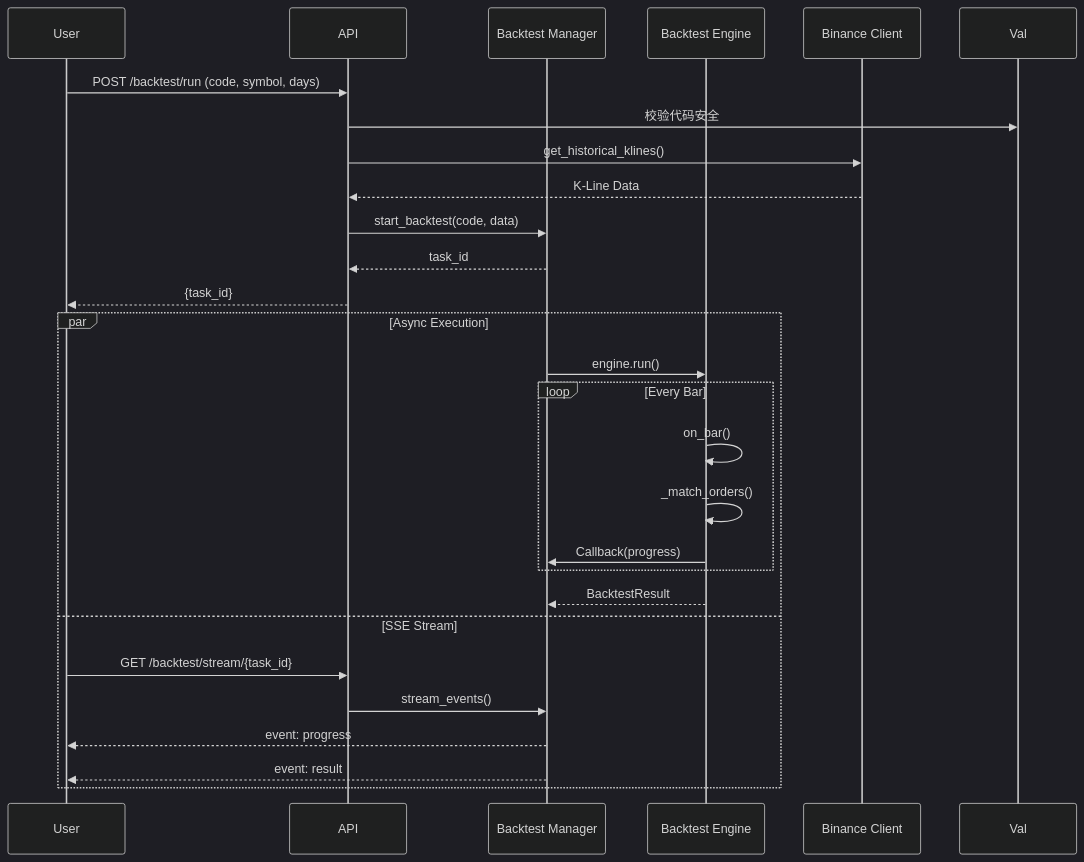
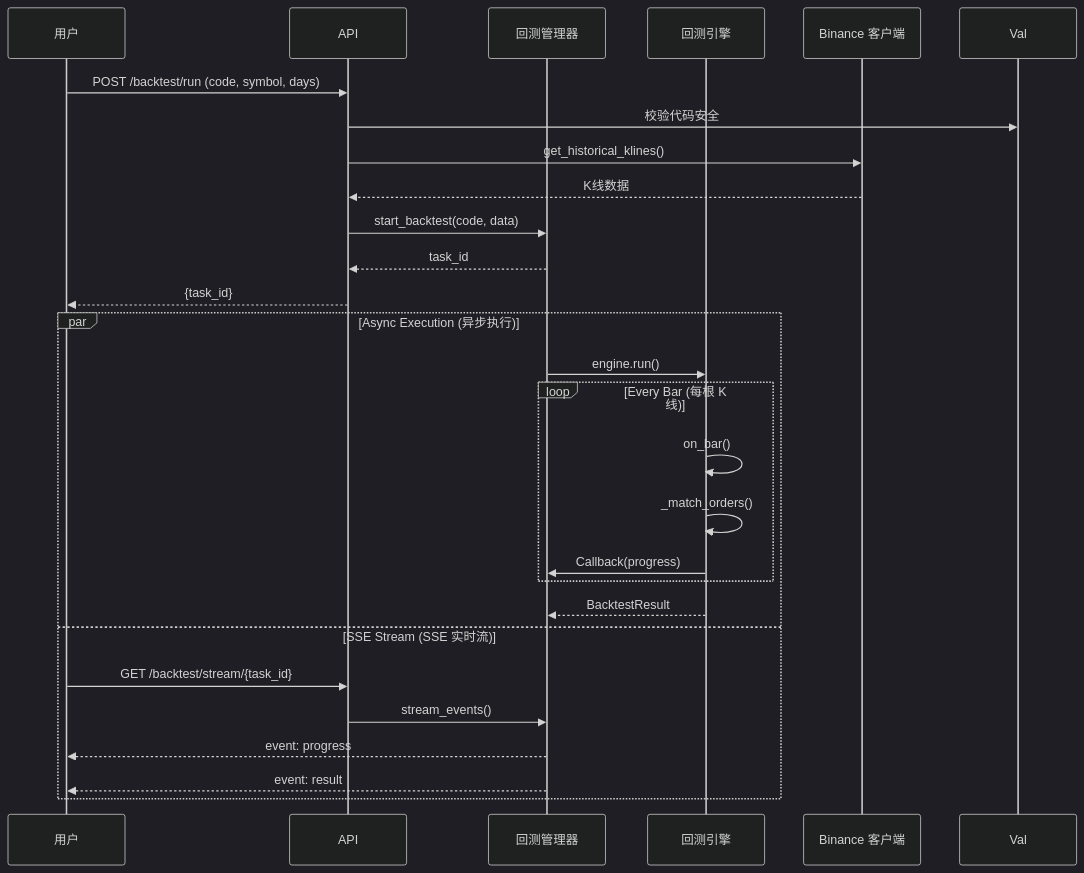
One commit to ivecoGolden/PyQuantAlpha changed the third of 3 diagrams in docs/ARCHITECTURE_DIAGRAM.md. Above: the diagram before and after it, drawn with Mermaid (dark theme). The commit also changed other lines of this file, not shown here.

Commit message:
docs: update architecture diagram

````diff
--- a/docs/ARCHITECTURE_DIAGRAM.md
+++ b/docs/ARCHITECTURE_DIAGRAM.md
@@ -108,31 +108,31 @@
 ```mermaid
 sequenceDiagram
-    participant User
+    participant User as 用户
     participant API as API
-    participant Mgr as Backtest Manager
-    participant Eng as Backtest Engine
-    participant Bin as Binance Client
+    participant Mgr as 回测管理器
+    participant Eng as 回测引擎
+    participant Bin as Binance 客户端
 
     User->>API: POST /backtest/run (code, symbol, days)
     API->>Val: 校验代码安全
     API->>Bin: get_historical_klines()
-    Bin-->>API: K-Line Data
+    Bin-->>API: K线数据
     API->>Mgr: start_backtest(code, data)
     Mgr-->>API: task_id
     API-->>User: {task_id}
 
-    par Async Execution
+    par Async Execution (异步执行)
         Mgr->>Eng: engine.run()
-        loop Every Bar
+        loop Every Bar (每根 K 线)
             Eng->>Eng: on_bar()
             Eng->>Eng: _match_orders()
             Eng->>Mgr: Callback(progress)
         end
         Eng-->>Mgr: BacktestResult
-    and SSE Stream
+    and SSE Stream (SSE 实时流)
         User->>API: GET /backtest/stream/{task_id}
         API->>Mgr: stream_events()
         Mgr-->>User: event: progress
         Mgr-->>User: event: result
     end
 ```
````
